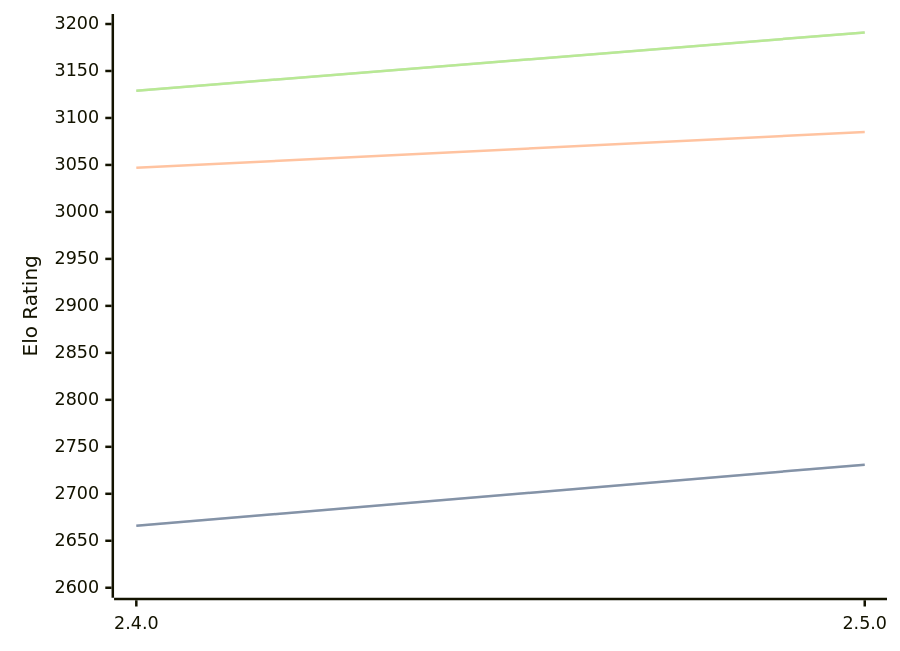
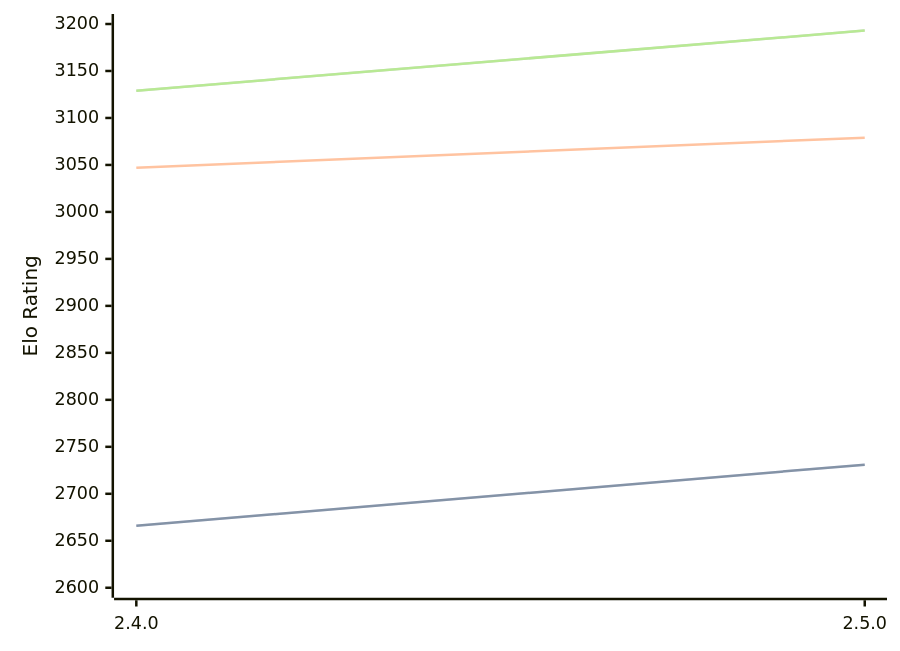
One commit to computer-chess-index/cci changed the diagram in engines/Sturddle2.md. Above: the diagram before and after it, drawn with Mermaid. The commit also changed other lines of this file, not shown here.

Commit message:
Update CCI Ratings (ELO VLTC) - 2026-02-15

````diff
--- a/engines/Sturddle2.md
+++ b/engines/Sturddle2.md
@@ -34,11 +34,11 @@
 ```mermaid
 %%{init: {"theme":"base","themeVariables":{"seriesColors:['#a3a3a3','#222221','#faa371']}}}%%
 xychart-beta
   x-axis ["2.4.0", "2.5.0"]
   y-axis "Elo Rating" 2600 --> 3200
   line "STC (8.0+0.08s)" [2666, 2731]
   line "STC (8.0+0.08s)" [2666, 2731]
-  line "LTC (60.0+0.60s)" [3047, 3085]
-  line "VLTC (2m24s+1.12s)" [3129, 3191]
-  line "VLTC (2m24s+1.12s)" [3129, 3191]
+  line "LTC (60.0+0.60s)" [3047, 3079]
+  line "VLTC (2m24s+1.12s)" [3129, 3193]
+  line "VLTC (2m24s+1.12s)" [3129, 3193]
 ```
````
